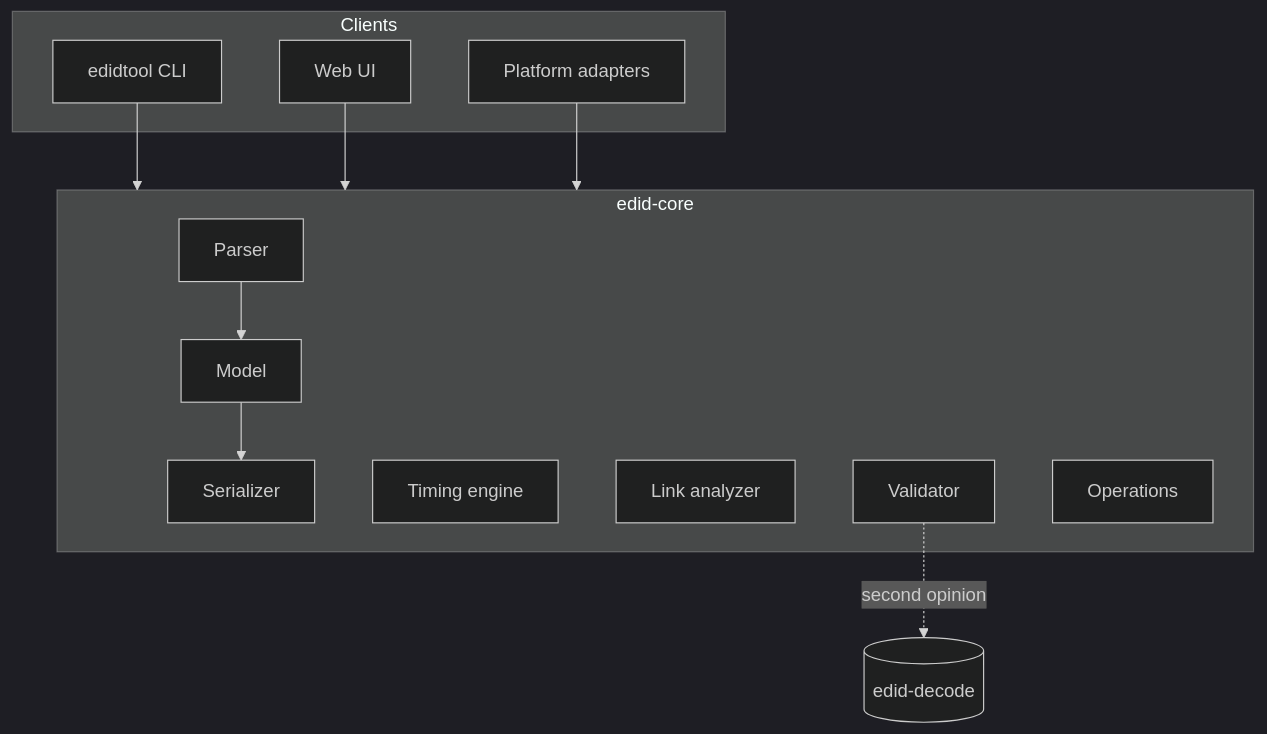
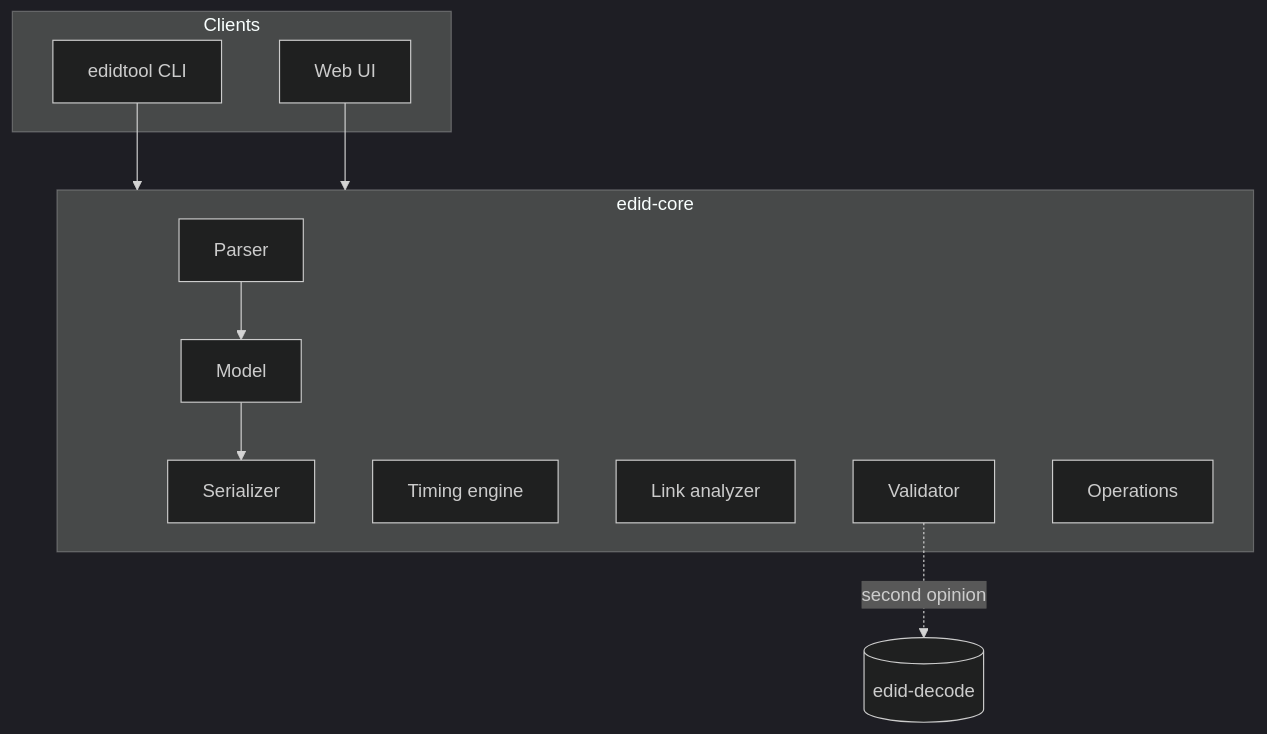
One commit to aot93/edid-studio changed the diagram in SPEC.md. Above: the diagram before and after it, drawn with Mermaid (dark theme). The commit also changed other lines of this file and 1 other file, not shown here.

````diff
--- a/SPEC.md
+++ b/SPEC.md
@@ -60,20 +60,18 @@
 ```mermaid
 flowchart TB
   subgraph clients[Clients]
     CLI[edidtool CLI]
     UI[Web UI]
-    AD[Platform adapters]
   end
   subgraph core[edid-core]
     P[Parser] --> M[Model]
     M --> S[Serializer]
     T[Timing engine]
     L[Link analyzer]
     V[Validator]
     O[Operations]
   end
   CLI --> core
   UI --> core
-  AD --> core
   V -. second opinion .-> ED[(edid-decode)]
 ```
````
